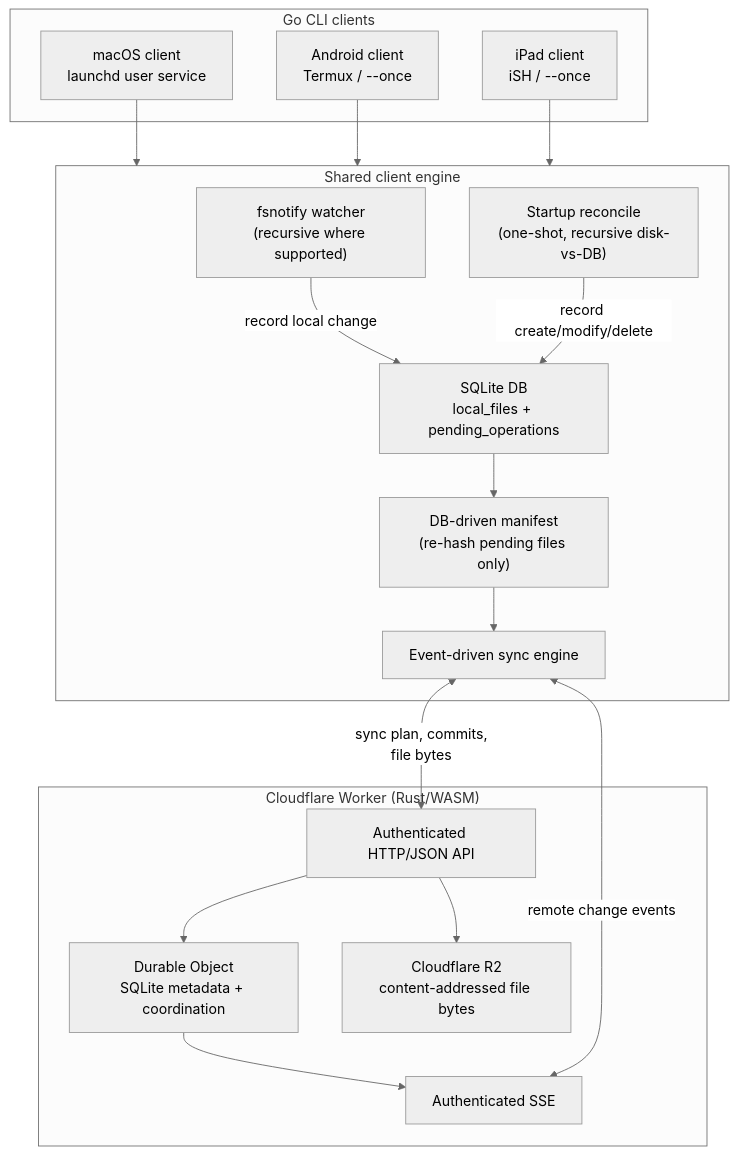
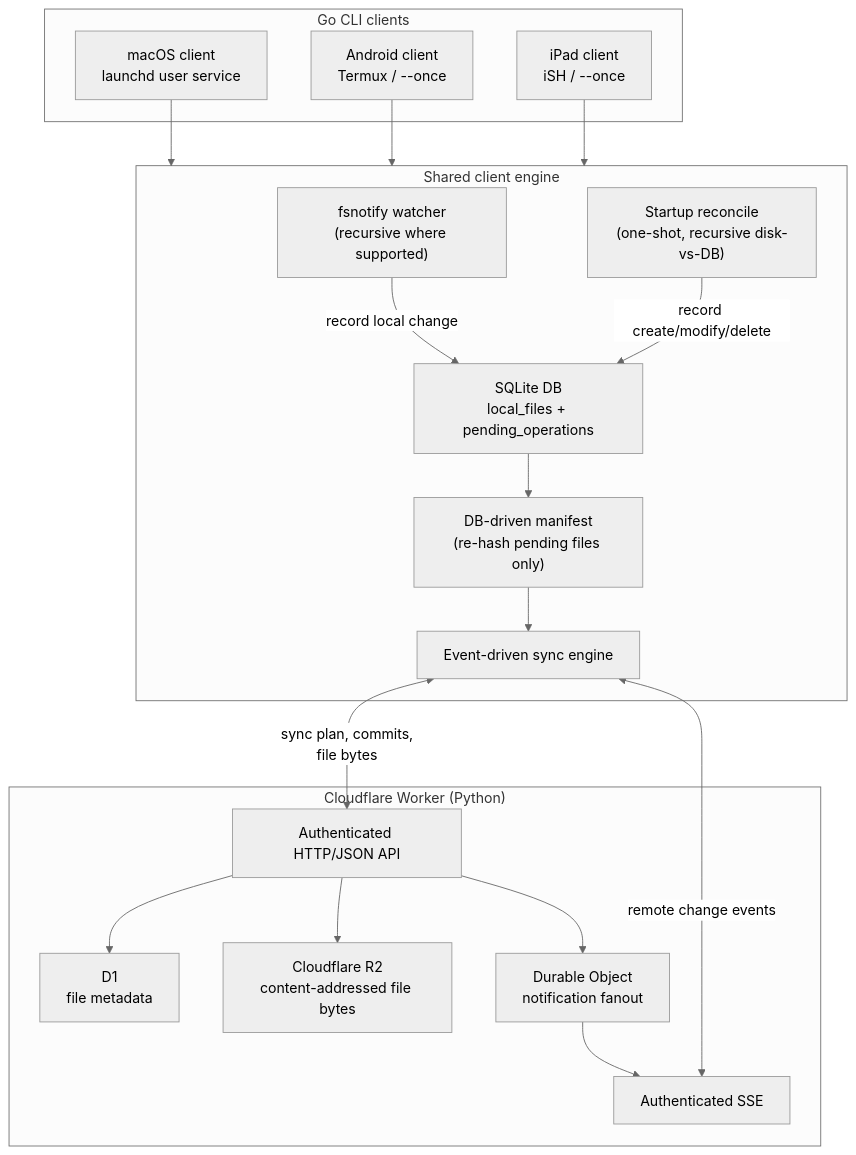
The diagram in docs/architecture/overview.mmd (ShivangNagta/data_sync), drawn with Mermaid (neutral theme) before and after one commit. The commit also changed 5 other files, not shown here.

```diff
--- a/docs/architecture/overview.mmd
+++ b/docs/architecture/overview.mmd
@@ -1,37 +1,39 @@
 flowchart TB
     subgraph Clients["Go CLI clients"]
         Mac["macOS client<br/>launchd user service"]
         Android["Android client<br/>Termux / --once"]
         IPad["iPad client<br/>iSH / --once"]
     end
 
     subgraph Client["Shared client engine"]
         Watcher["fsnotify watcher<br/>(recursive where supported)"]
         Reconcile["Startup reconcile<br/>(one-shot, recursive disk-vs-DB)"]
         LocalDB["SQLite DB<br/>local_files + pending_operations"]
         Manifest["DB-driven manifest<br/>(re-hash pending files only)"]
         SyncEngine["Event-driven sync engine"]
 
         Watcher -->|"record local change"| LocalDB
         Reconcile -->|"record create/modify/delete"| LocalDB
         LocalDB --> Manifest
         Manifest --> SyncEngine
     end
 
-    subgraph Worker["Cloudflare Worker (Rust/WASM)"]
+    subgraph Worker["Cloudflare Worker (Python)"]
         API["Authenticated HTTP/JSON API"]
-        DurableObject["Durable Object<br/>SQLite metadata + coordination"]
+        D1["D1<br/>file metadata"]
         R2["Cloudflare R2<br/>content-addressed file bytes"]
+        EventHub["Durable Object<br/>notification fanout"]
         Events["Authenticated SSE"]
 
-        API --> DurableObject
+        API --> D1
         API --> R2
-        DurableObject --> Events
+        API --> EventHub
+        EventHub --> Events
     end
 
     Mac --> Client
     Android --> Client
     IPad --> Client
 
     SyncEngine <-->|"sync plan, commits,<br/>file bytes"| API
     SyncEngine <-->|"remote change events"| Events
```
